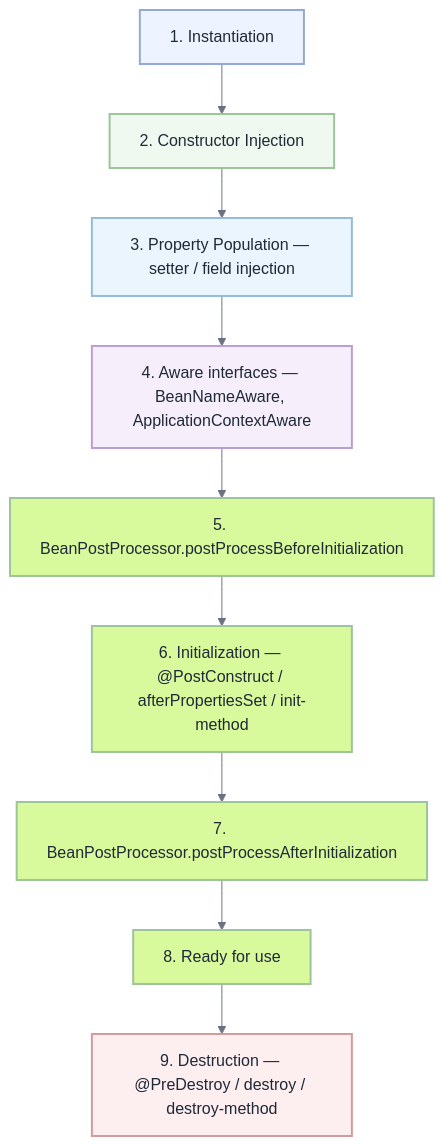
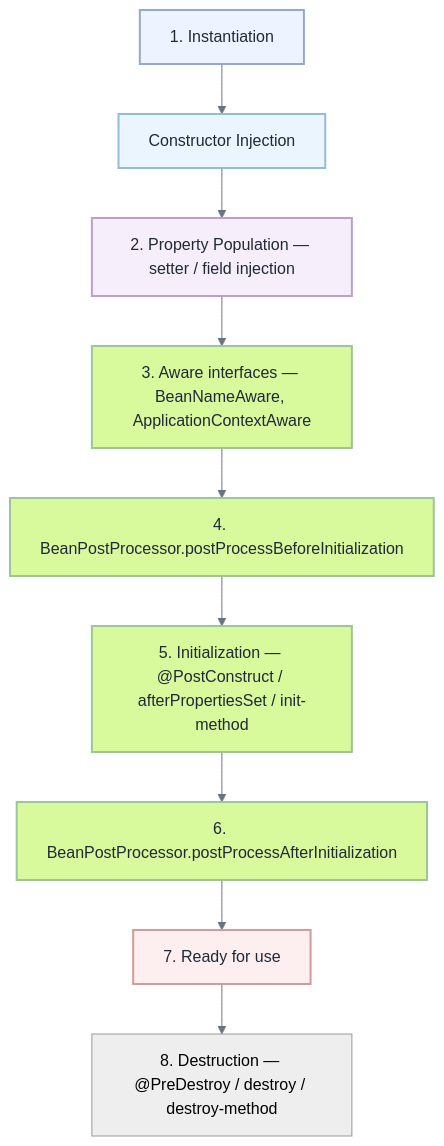
One commit to MishaSytch/middle_java_back changed the third of 38 diagrams in docs/interview/spring-boot.md. Above: the diagram before and after it, drawn with Mermaid. The commit also changed other lines of this file and 2 other files, not shown here.

````diff
--- a/docs/interview/spring-boot.md
+++ b/docs/interview/spring-boot.md
@@ -156,27 +156,26 @@
 ```mermaid
 %%{init: { 'theme': 'neutral', 'themeVariables': { 'primaryColor': '#ffffff', 'primaryTextColor': '#1f2937', 'lineColor': '#6b7280', 'primaryBorderColor': '#d1d5db', 'secondaryColor': '#f3f4f6', 'tertiaryColor': '#e5e7eb' } } }%%
 flowchart TB
-    A[1. Instantiation] --> B[2. Constructor Injection]
-    B --> C["3. Property Population — setter / field injection"]
-    C --> D[4. Aware interfaces — BeanNameAware, ApplicationContextAware]
-    D --> E[5. BeanPostProcessor.postProcessBeforeInitialization]
-    E --> F["6. Initialization — @PostConstruct / afterPropertiesSet / init-method"]
-    F --> G[7. BeanPostProcessor.postProcessAfterInitialization]
-    G --> H[8. Ready for use]
-    H --> I["9. Destruction — @PreDestroy / destroy / destroy-method"]
+    A[1. Instantiation] --> B[Constructor Injection]
+    B --> C["2. Property Population — setter / field injection"]
+    C --> D[3. Aware interfaces — BeanNameAware, ApplicationContextAware]
+    D --> E[4. BeanPostProcessor.postProcessBeforeInitialization]
+    E --> F["5. Initialization — @PostConstruct / afterPropertiesSet / init-method"]
+    F --> G[6. BeanPostProcessor.postProcessAfterInitialization]
+    G --> H[7. Ready for use]
+    H --> I["8. Destruction — @PreDestroy / destroy / destroy-method"]
     classDef n0 fill:#eef4ff,stroke:#93a8d4,stroke-width:2px,color:#1f2937
-    classDef n1 fill:#f0f9ef,stroke:#9dc49a,stroke-width:2px,color:#1f2937
-    classDef n2 fill:#eaf5fd,stroke:#94bcd8,stroke-width:2px,color:#1f2937
-    classDef n3 fill:#f6eefa,stroke:#bb9ed4,stroke-width:2px,color:#1f2937
-    classDef n4 fill:#d9f99d,stroke:#9dc49a,stroke-width:2px,color:#1f2937
-    classDef n5 fill:#fdeef0,stroke:#d49a9c,stroke-width:2px,color:#1f2937
+    classDef n1 fill:#eaf5fd,stroke:#94bcd8,stroke-width:2px,color:#1f2937
+    classDef n2 fill:#f6eefa,stroke:#bb9ed4,stroke-width:2px,color:#1f2937
+    classDef n3 fill:#d9f99d,stroke:#9dc49a,stroke-width:2px,color:#1f2937
+    classDef n4 fill:#fdeef0,stroke:#d49a9c,stroke-width:2px,color:#1f2937
+    
     class A n0
     class B n1
     class C n2
     class D n3
-    class E n4
-    class F n4
-    class G n4
+    class E n3
+    class F n3
+    class G n3
     class H n4
-    class I n5
 ```
````
